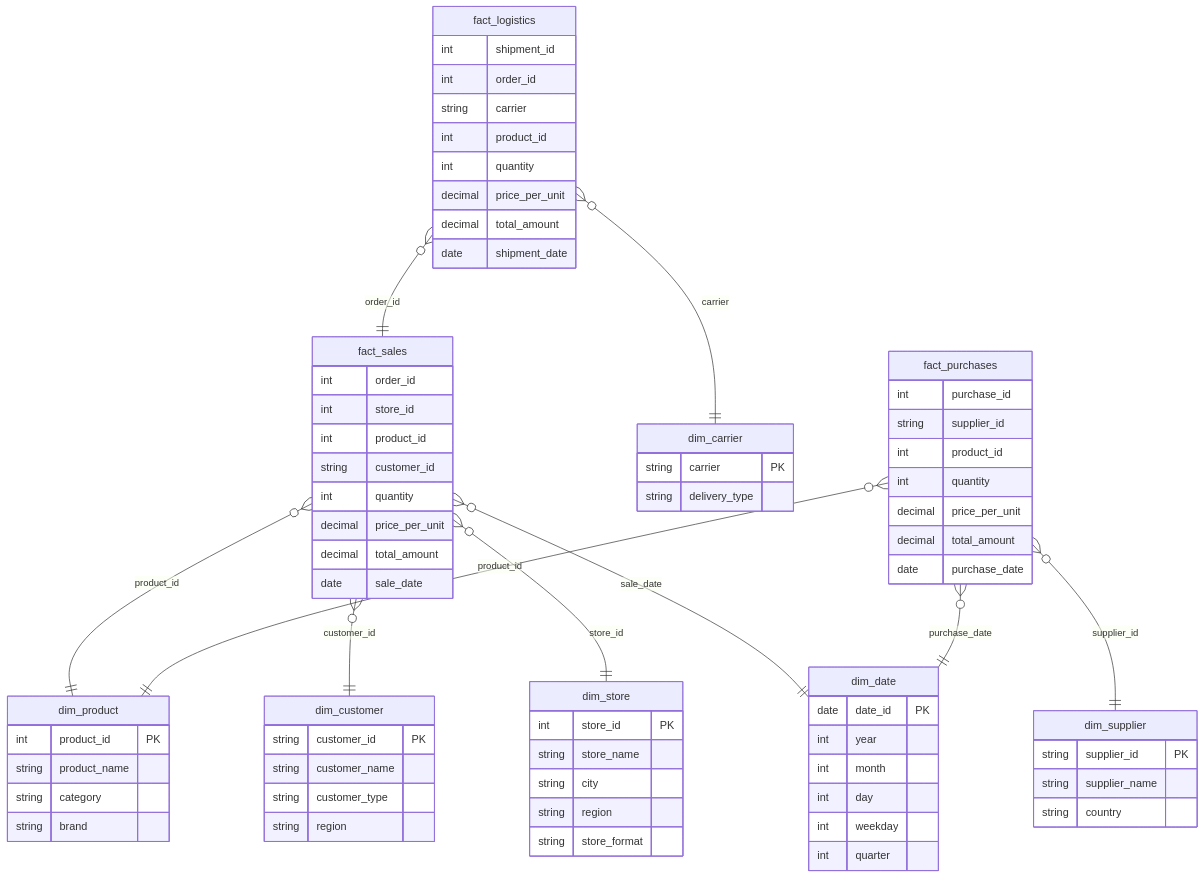
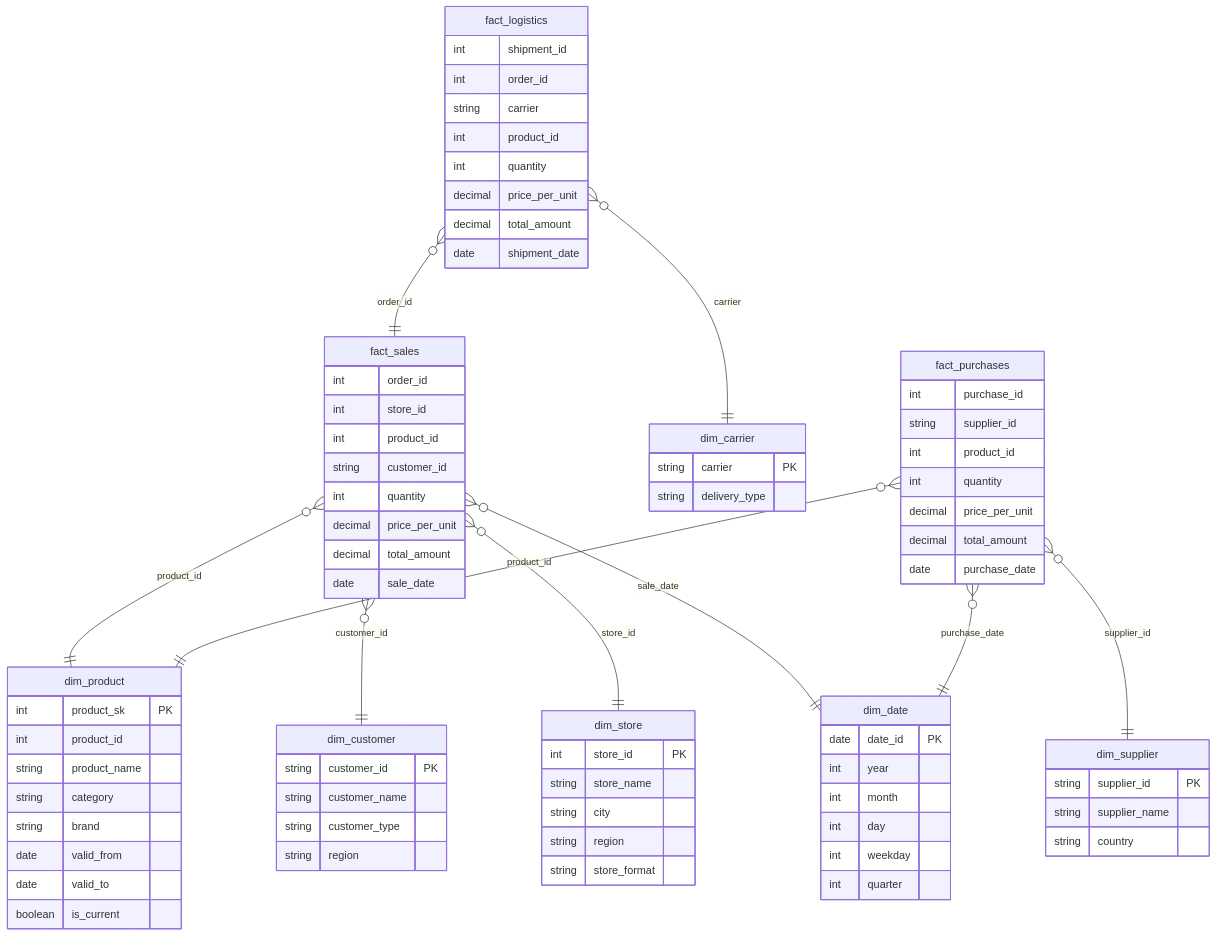
One commit to andwrn14741/OLAP changed the diagram in star_schema.md. Above: the diagram before and after it, drawn with Mermaid. The commit also changed 10 other files, not shown here.

````diff
--- a/star_schema.md
+++ b/star_schema.md
@@ -5,78 +5,82 @@
 ```mermaid
 erDiagram
     fact_sales }o--|| dim_product : product_id
     fact_sales }o--|| dim_customer : customer_id
     fact_sales }o--|| dim_store : store_id
     fact_sales }o--|| dim_date : sale_date
     fact_logistics }o--|| fact_sales : order_id
     fact_logistics }o--|| dim_carrier : carrier
     fact_purchases }o--|| dim_product : product_id
     fact_purchases }o--|| dim_supplier : supplier_id
     fact_purchases }o--|| dim_date : purchase_date
 
     fact_sales {
         int order_id
         int store_id
         int product_id
         string customer_id
         int quantity
         decimal price_per_unit
         decimal total_amount
         date sale_date
     }
     fact_purchases {
         int purchase_id
         string supplier_id
         int product_id
         int quantity
         decimal price_per_unit
         decimal total_amount
         date purchase_date
     }
     fact_logistics {
         int shipment_id
         int order_id
         string carrier
         int product_id
         int quantity
         decimal price_per_unit
         decimal total_amount
         date shipment_date
     }
     dim_product {
-        int product_id PK
+        int product_sk PK
+        int product_id
         string product_name
         string category
         string brand
+        date valid_from
+        date valid_to
+        boolean is_current
     }
     dim_store {
         int store_id PK
         string store_name
         string city
         string region
         string store_format
     }
     dim_customer {
         string customer_id PK
         string customer_name
         string customer_type
         string region
     }
     dim_supplier {
         string supplier_id PK
         string supplier_name
         string country
     }
     dim_carrier {
         string carrier PK
         string delivery_type
     }
     dim_date {
         date date_id PK
         int year
         int month
         int day
         int weekday
         int quarter
     }
 ```
````
